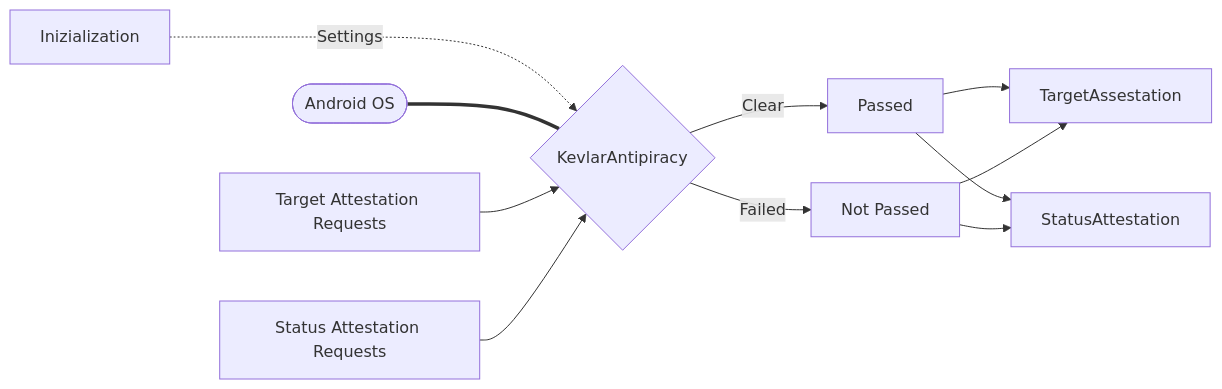
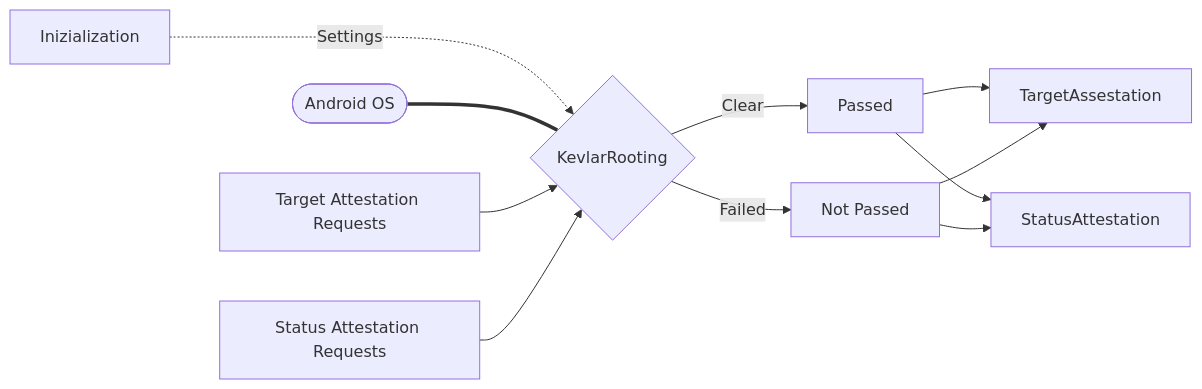
The diagram in docs/pages/modules/rooting/rooting.md (kevlar-kt/kevlar), drawn with Mermaid before and after one commit. The commit also changed other lines of this file and 104 other files, not shown here.

````diff
--- a/docs/pages/modules/rooting/rooting.md
+++ b/docs/pages/modules/rooting/rooting.md
@@ -3,13 +3,13 @@
 ``` mermaid
 graph LR
-  I[Inizialization] -.Settings..-> K{KevlarAntipiracy};
+  I[Inizialization] -.Settings..-> K{KevlarRooting};
   DB([Android OS]) === K
   AR1[Target Attestation Requests] --> K
   AR2[Status Attestation Requests] --> K
   K --> |Clear| P[Passed];
   K --> |Failed| NP[Not Passed];
   P --> A1[TargetAssestation]
   NP --> A1
   P --> A2[StatusAttestation]
   NP --> A2
 ```
````
